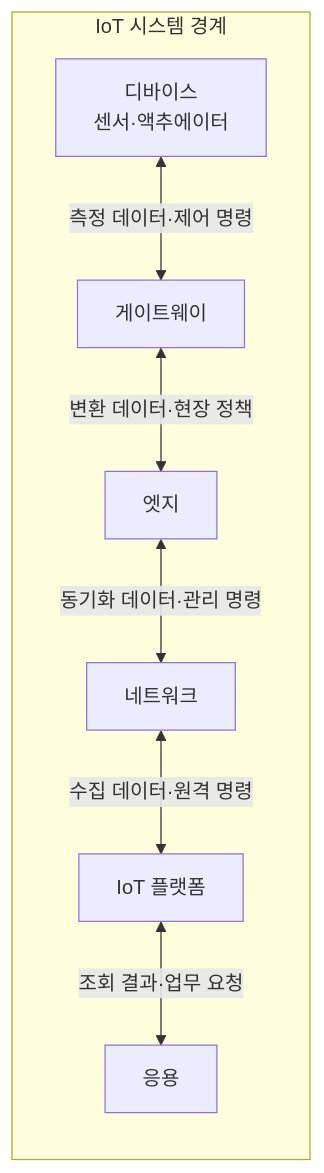
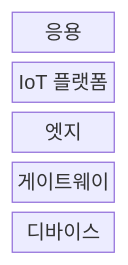
The first of 2 diagrams in src/content/docs/notes/04-network/077_iot_architecture.md (agnusdei1207/knowledge-base), drawn with Mermaid before and after one commit. The commit also changed other lines of this file and 11 other files, not shown here.

````diff
--- a/src/content/docs/notes/04-network/077_iot_architecture.md
+++ b/src/content/docs/notes/04-network/077_iot_architecture.md
@@ -61,10 +54,9 @@
 ```mermaid
-flowchart LR
-    subgraph I[IoT 시스템 경계]
-        D["디바이스<br/>센서·액추에이터"] <-->|"측정 데이터·제어 명령"| G["게이트웨이"]
-        G <-->|"변환 데이터·현장 정책"| E["엣지"]
-        E <-->|"동기화 데이터·관리 명령"| N["네트워크"]
-        N <-->|"수집 데이터·원격 명령"| P["IoT 플랫폼"]
-        P <-->|"조회 결과·업무 요청"| A["응용"]
-    end
+block-beta
+    columns 1
+    APP["응용"]
+    PLATFORM["IoT 플랫폼"]
+    EDGE["엣지"]
+    GATEWAY["게이트웨이"]
+    DEVICE["디바이스"]
 ```
````
